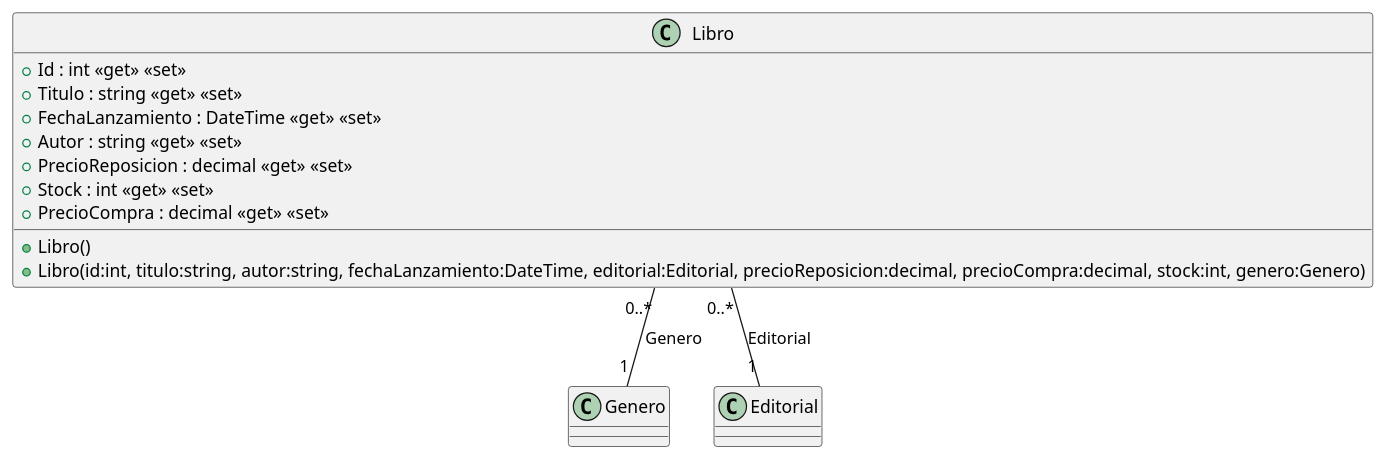
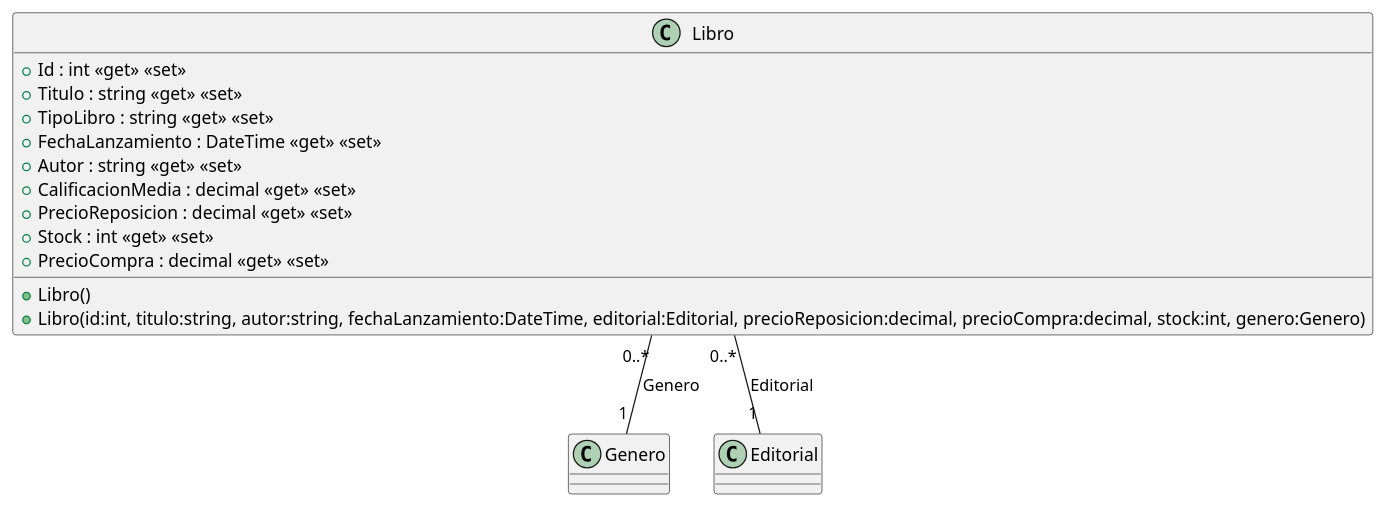
One commit to ISII2627DDNProject/ISII2627DDNProject changed the diagram in src/AppForSEII.API/ClassDiagram/Libro.puml. Above: the diagram before and after it, drawn with PlantUML. The commit also changed 3 other files, not shown here.

First line of the commit message:
Se añaden todos los elementos necesarios para el diagrama de caso de … (#76)

```diff
--- a/src/AppForSEII.API/ClassDiagram/Libro.puml
+++ b/src/AppForSEII.API/ClassDiagram/Libro.puml
@@ -1,15 +1,17 @@
 @startuml
 class Libro {
     + Libro()
     + Libro(id:int, titulo:string, autor:string, fechaLanzamiento:DateTime, editorial:Editorial, precioReposicion:decimal, precioCompra:decimal, stock:int, genero:Genero)
     + Id : int <<get>> <<set>>
     + Titulo : string <<get>> <<set>>
+    + TipoLibro : string <<get>> <<set>>
     + FechaLanzamiento : DateTime <<get>> <<set>>
     + Autor : string <<get>> <<set>>
+    + CalificacionMedia : decimal <<get>> <<set>>
     + PrecioReposicion : decimal <<get>> <<set>>
     + Stock : int <<get>> <<set>>
     + PrecioCompra : decimal <<get>> <<set>>
 }
 Libro "0..*" -- "1" Genero : Genero
 Libro "0..*" -- "1" Editorial : Editorial
 @enduml
```
